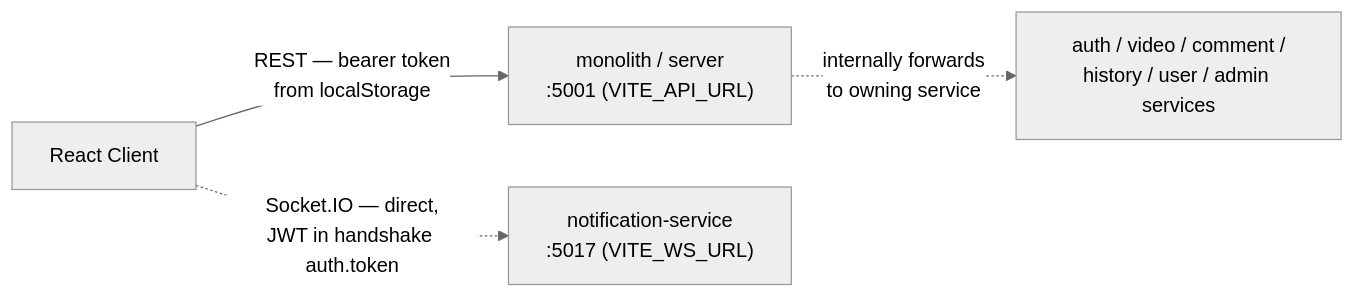
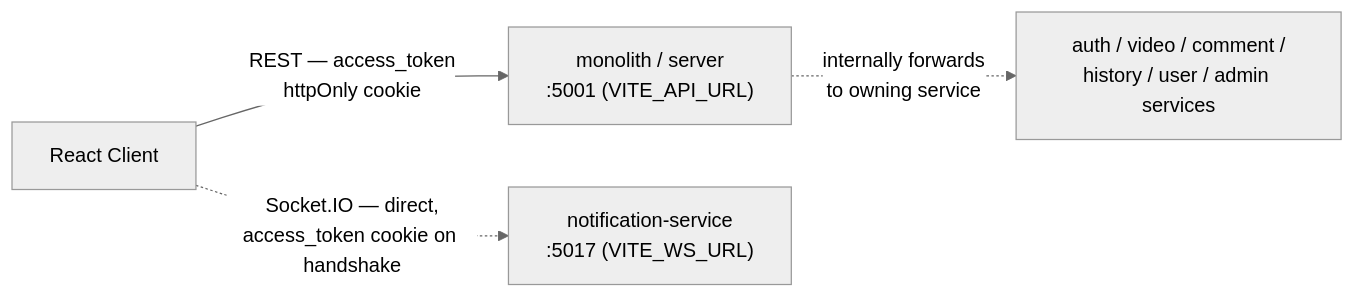
One commit to dipakvidanidevitsystem-dot/mini-tube changed the first of 4 diagrams in docs/flowdiagram/client-server-communication.md. Above: the diagram before and after it, drawn with Mermaid (neutral theme). The commit also changed other lines of this file and 48 other files, not shown here.

````diff
--- a/docs/flowdiagram/client-server-communication.md
+++ b/docs/flowdiagram/client-server-communication.md
@@ -11,11 +13,11 @@
 ```mermaid
 graph LR
     Client["React Client"]
     Monolith["monolith / server<br/>:5001 (VITE_API_URL)"]
     Notification["notification-service<br/>:5017 (VITE_WS_URL)"]
 
-    Client -->|"REST — bearer token<br/>from localStorage"| Monolith
-    Client -.->|"Socket.IO — direct,<br/>JWT in handshake auth.token"| Notification
+    Client -->|"REST — access_token<br/>httpOnly cookie"| Monolith
+    Client -.->|"Socket.IO — direct,<br/>access_token cookie on handshake"| Notification
 
     Monolith -.->|"internally forwards<br/>to owning service"| Services["auth / video / comment /<br/>history / user / admin services"]
 ```
````
